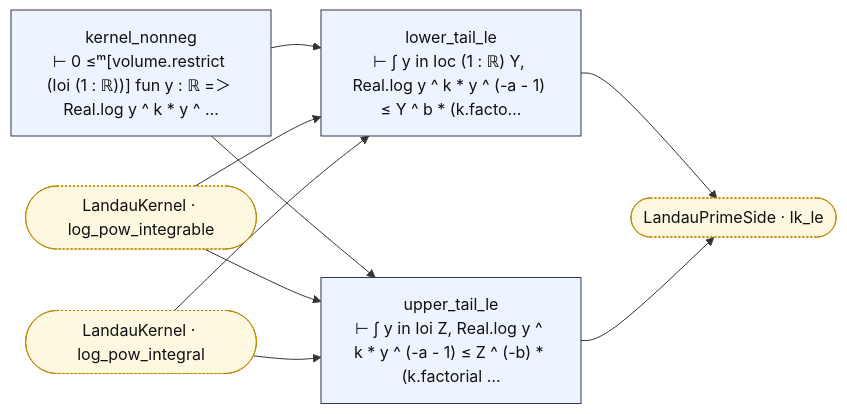
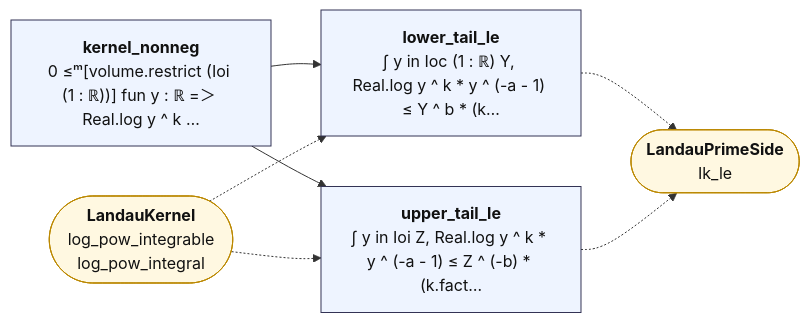
One commit to juliansambranojr/Primebeat_081426 changed the diagram in map/lean_stage3/LandauTail.md. Above: the diagram before and after it, drawn with Mermaid. The commit also changed other lines of this file and 387 other files, not shown here.

````diff
--- a/map/lean_stage3/LandauTail.md
+++ b/map/lean_stage3/LandauTail.md
@@ -8,23 +12,19 @@
 ```mermaid
 flowchart LR
-  n0["kernel_nonneg<br/>⊢ 0 ≤ᵐ[volume.restrict (Ioi (1 : ℝ))] fun y : ℝ =＞ Real.log y ^ k * y ^ …"]:::thm
-  n1["lower_tail_le<br/>⊢ ∫ y in Ioc (1 : ℝ) Y, Real.log y ^ k * y ^ (-a - 1) ≤ Y ^ b * (k.facto…"]:::thm
-  n2["upper_tail_le<br/>⊢ ∫ y in Ioi Z, Real.log y ^ k * y ^ (-a - 1) ≤ Z ^ (-b) * (k.factorial …"]:::thm
-  x0(["LandauKernel · log_pow_integrable"]):::ext
-  x1(["LandauKernel · log_pow_integral"]):::ext
-  x2(["LandauPrimeSide · Ik_le"]):::ext
+  n0["<b>kernel_nonneg</b><br/>0 ≤ᵐ[volume.restrict (Ioi (1 : ℝ))] fun y : ℝ =＞ Real.log y ^ k …"]:::thm
+  n1["<b>lower_tail_le</b><br/>∫ y in Ioc (1 : ℝ) Y, Real.log y ^ k * y ^ (-a - 1) ≤ Y ^ b * (k…"]:::thm
+  n2["<b>upper_tail_le</b><br/>∫ y in Ioi Z, Real.log y ^ k * y ^ (-a - 1) ≤ Z ^ (-b) * (k.fact…"]:::thm
+  x0(["<b>LandauKernel</b><br/>log_pow_integrable<br/>log_pow_integral"]):::ext
+  x1(["<b>LandauPrimeSide</b><br/>Ik_le"]):::ext
   n0 --> n1
   n0 --> n2
-  n1 --> x2
-  n2 --> x2
-  x0 --> n1
-  x0 --> n2
-  x1 --> n1
-  x1 --> n2
+  n1 -.-> x1
+  n2 -.-> x1
+  x0 -.-> n1
+  x0 -.-> n2
   classDef thm fill:#eef4ff,stroke:#335,color:#111
-  classDef dfn fill:#f2f2f2,stroke:#777,color:#111
   classDef end_ fill:#e7f7e7,stroke:#2a7,color:#111,stroke-width:2px
   classDef lone fill:#fff,stroke:#999,color:#111,stroke-dasharray:4 3
   classDef bad fill:#ffe5e5,stroke:#c22,color:#111,stroke-width:2px
-  classDef ext fill:#fff8e1,stroke:#b80,color:#111,stroke-dasharray:2 2
+  classDef ext fill:#fff8e1,stroke:#b80,color:#111
 ```
````
